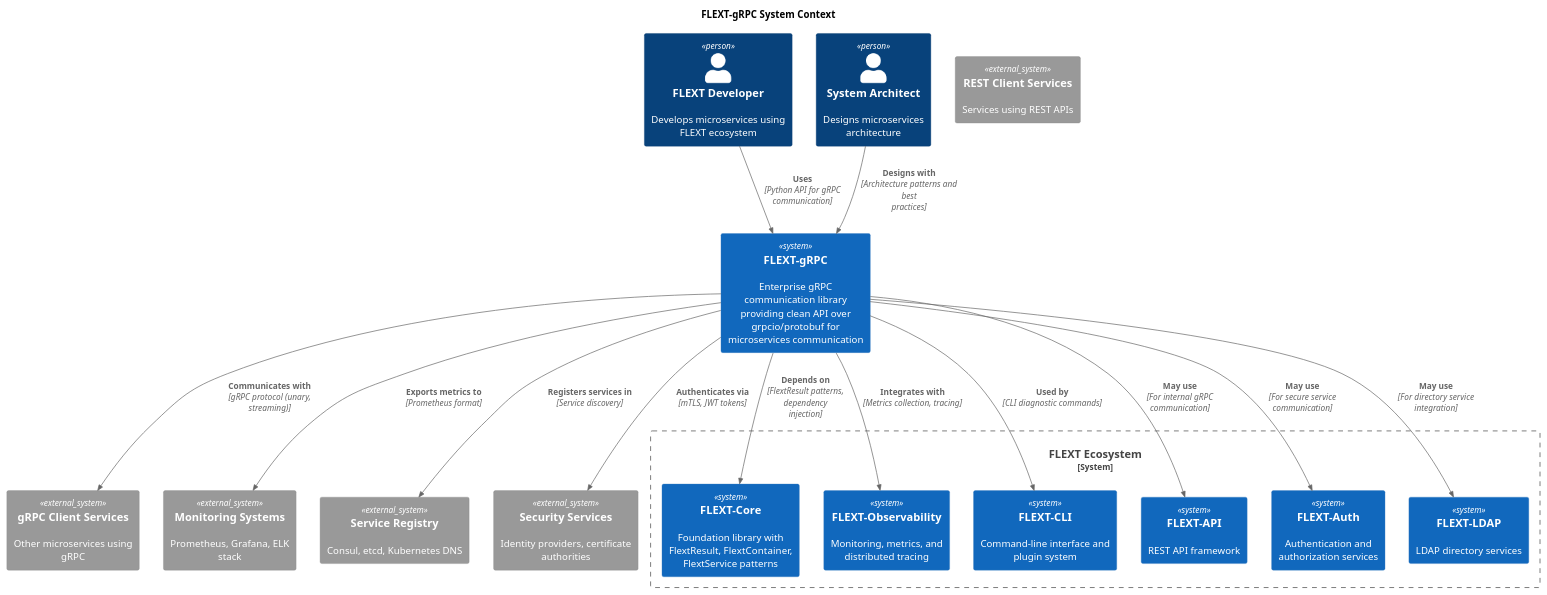
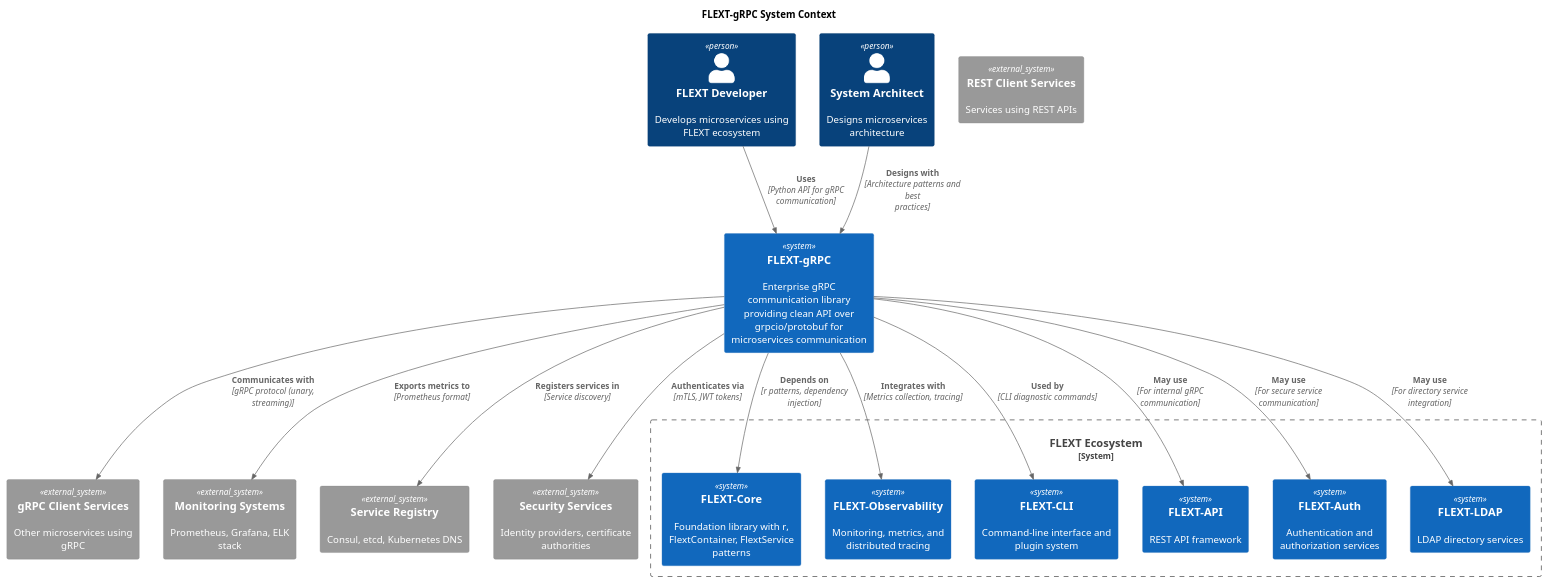
One commit to flext-sh/flext-grpc changed the diagram in docs/architecture/diagrams/context.puml. Above: the diagram before and after it, drawn with PlantUML. The commit also changed 28 other files, not shown here.

```diff
--- a/docs/architecture/diagrams/context.puml
+++ b/docs/architecture/diagrams/context.puml
@@ -1,42 +1,42 @@
 @startuml FLEXT-gRPC Context Diagram
 !include <C4/C4_Context>
 
 title FLEXT-gRPC System Context
 
 Person(user, "FLEXT Developer", "Develops microservices using FLEXT ecosystem")
 Person(architect, "System Architect", "Designs microservices architecture")
 
 System(flext_grpc, "FLEXT-gRPC", "Enterprise gRPC communication library providing clean API over grpcio/protobuf for microservices communication")
 
 System_Boundary(flext_ecosystem, "FLEXT Ecosystem") {
-    System(flext_core, "FLEXT-Core", "Foundation library with FlextResult, FlextContainer, FlextService patterns")
+    System(flext_core, "FLEXT-Core", "Foundation library with r, FlextContainer, FlextService patterns")
     System(flext_observability, "FLEXT-Observability", "Monitoring, metrics, and distributed tracing")
     System(flext_cli, "FLEXT-CLI", "Command-line interface and plugin system")
     System(flext_api, "FLEXT-API", "REST API framework")
     System(flext_auth, "FLEXT-Auth", "Authentication and authorization services")
     System(flext_ldap, "FLEXT-LDAP", "LDAP directory services")
 }
 
 System_Ext(grpc_clients, "gRPC Client Services", "Other microservices using gRPC")
 System_Ext(rest_clients, "REST Client Services", "Services using REST APIs")
 System_Ext(monitoring, "Monitoring Systems", "Prometheus, Grafana, ELK stack")
 System_Ext(registry, "Service Registry", "Consul, etcd, Kubernetes DNS")
 System_Ext(security, "Security Services", "Identity providers, certificate authorities")
 
 Rel(user, flext_grpc, "Uses", "Python API for gRPC communication")
 Rel(architect, flext_grpc, "Designs with", "Architecture patterns and best practices")
 
-Rel(flext_grpc, flext_core, "Depends on", "FlextResult patterns, dependency injection")
+Rel(flext_grpc, flext_core, "Depends on", "r patterns, dependency injection")
 Rel(flext_grpc, flext_observability, "Integrates with", "Metrics collection, tracing")
 Rel(flext_grpc, flext_cli, "Used by", "CLI diagnostic commands")
 
 Rel(flext_grpc, grpc_clients, "Communicates with", "gRPC protocol (unary, streaming)")
 Rel(flext_grpc, monitoring, "Exports metrics to", "Prometheus format")
 Rel(flext_grpc, registry, "Registers services in", "Service discovery")
 Rel(flext_grpc, security, "Authenticates via", "mTLS, JWT tokens")
 
 Rel_Back(flext_api, flext_grpc, "May use", "For internal gRPC communication")
 Rel_Back(flext_auth, flext_grpc, "May use", "For secure service communication")
 Rel_Back(flext_ldap, flext_grpc, "May use", "For directory service integration")
 
 @enduml
```
